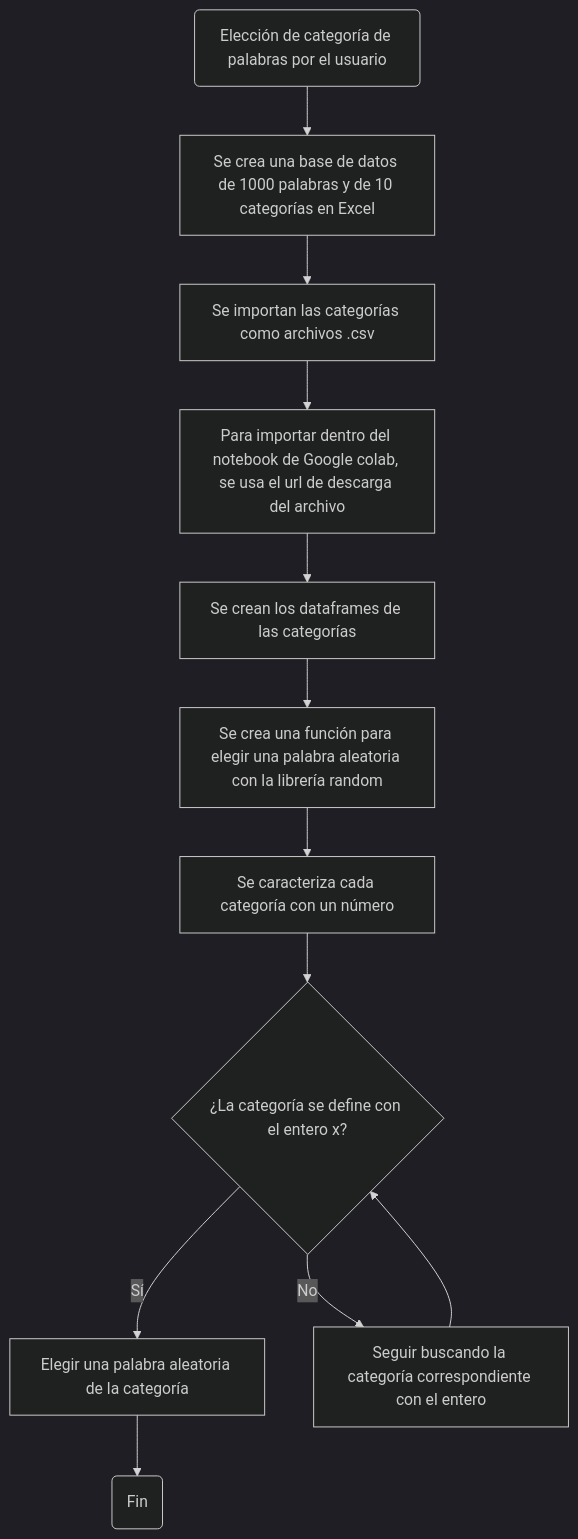
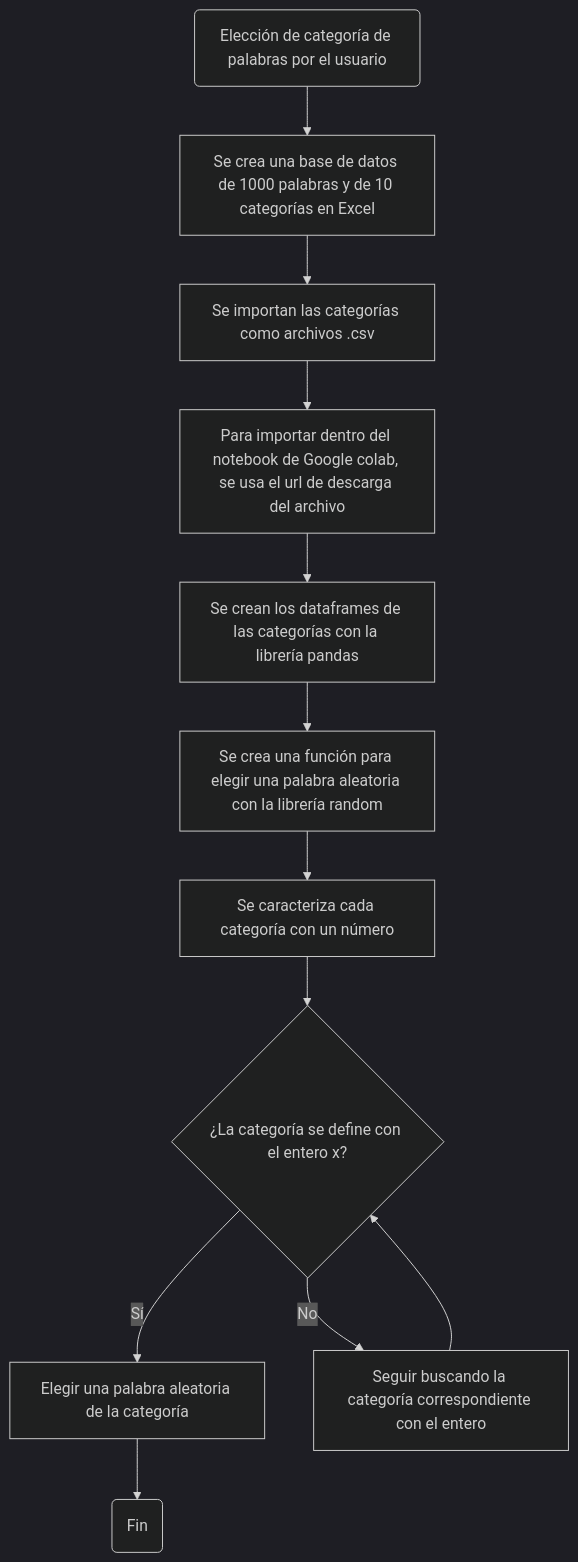
Before and after one commit to Steffyf317/proyecto_pdc: the diagram in README.md, drawn with Mermaid (dark theme).

````diff
--- a/README.md
+++ b/README.md
@@ -11,15 +11,15 @@
 ```mermaid
 flowchart TD;
     A(Elección de categoría de palabras por el usuario)
     A-->B[Se crea una base de datos de 1000 palabras y de 10 categorías en Excel];
     B-->C[Se importan las categorías como archivos .csv];
     C-->D[Para importar dentro del notebook de Google colab, se usa el url de descarga del archivo];
-    D-->E[Se crean los dataframes de las categorías];
+    D-->E[Se crean los dataframes de las categorías con la librería pandas];
     E-->F[Se crea una función para elegir una palabra aleatoria con la librería random];
     F-->G[Se caracteriza cada categoría con un número];
     G-->H;
     H{¿La categoría se define con el entero x?} -- Sí --> I[Elegir una palabra aleatoria de la categoría];
     H -- No --> J[Seguir buscando la categoría correspondiente con el entero];
     J-->H;
     I-->K(Fin)
 ```
````
